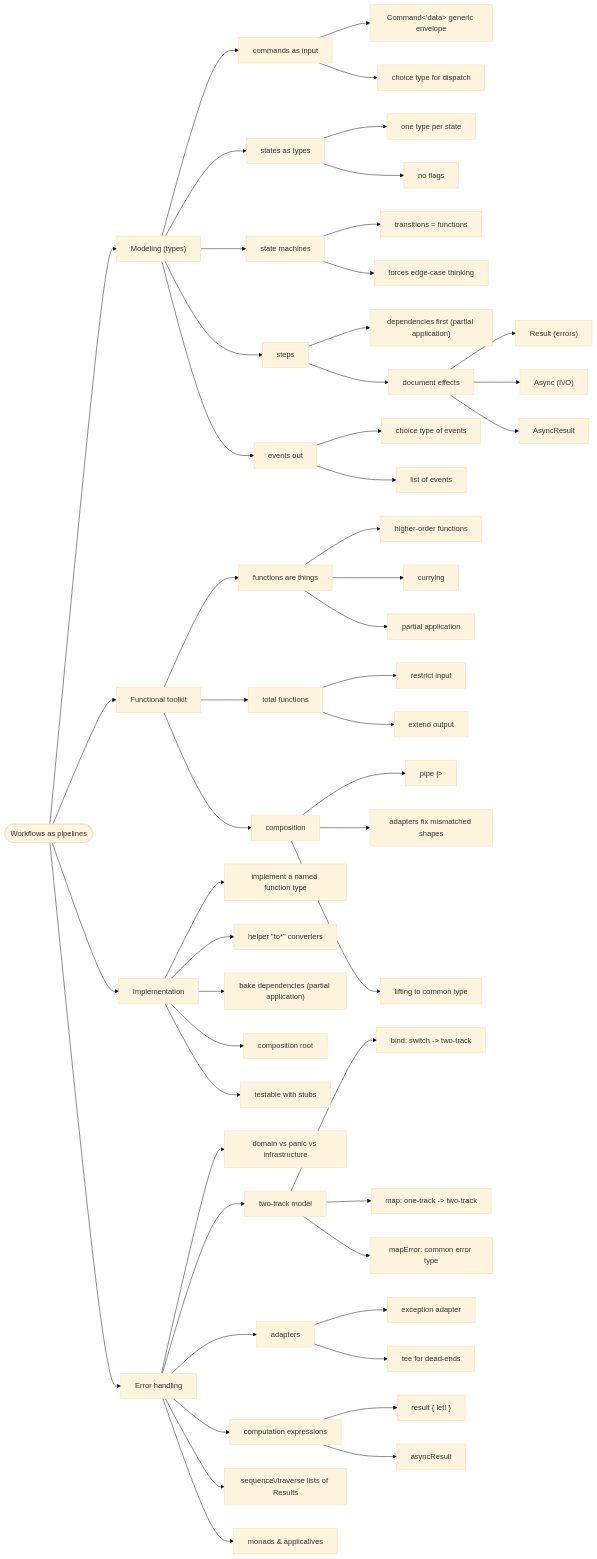
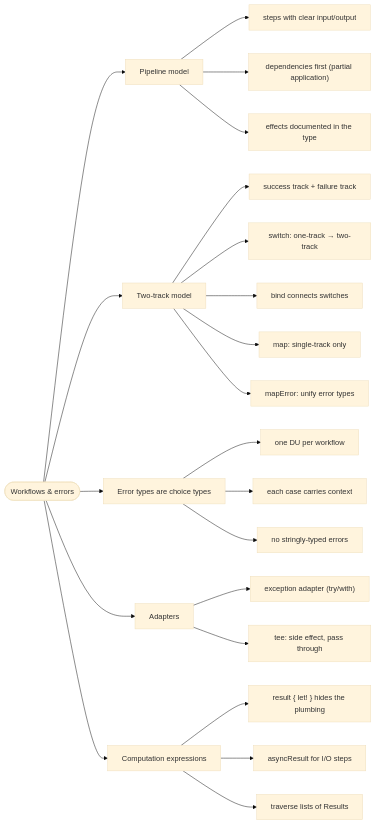
One commit to 42WASD/42wasd-community-web changed the diagram in docs/knowledge/workflows-and-error-handling/index.md. Above: the diagram before and after it, drawn with Mermaid (base theme). The commit also changed other lines of this file and 27 other files, not shown here.

````diff
--- a/docs/knowledge/workflows-and-error-handling/index.md
+++ b/docs/knowledge/workflows-and-error-handling/index.md
@@ -11,106 +13,46 @@
 ```mermaid
 flowchart LR
-    n1(["Workflows as pipelines"])
-    n2["Modeling (types)"]
-    n3["commands as input"]
-    n4["Command&lt;'data&gt; generic envelope"]
-    n5["choice type for dispatch"]
-    n6["states as types"]
-    n7["one type per state"]
-    n8["no flags"]
-    n9["state machines"]
-    n10["transitions = functions"]
-    n11["forces edge-case thinking"]
-    n12["steps"]
-    n13["dependencies first (partial application)"]
-    n14["document effects"]
-    n15["Result (errors)"]
-    n16["Async (I\/O)"]
-    n17["AsyncResult"]
-    n18["events out"]
-    n19["choice type of events"]
-    n20["list of events"]
-    n21["Functional toolkit"]
-    n22["functions are things"]
-    n23["higher-order functions"]
-    n24["currying"]
-    n25["partial application"]
-    n26["total functions"]
-    n27["restrict input"]
-    n28["extend output"]
-    n29["composition"]
-    n30["pipe |&gt;"]
-    n31["adapters fix mismatched shapes"]
-    n32["lifting to common type"]
-    n33["Implementation"]
-    n34["implement a named function type"]
-    n35["helper #quot;to*#quot; converters"]
-    n36["bake dependencies (partial application)"]
-    n37["composition root"]
-    n38["testable with stubs"]
-    n39["Error handling"]
-    n40["domain vs panic vs infrastructure"]
-    n41["two-track model"]
-    n42["bind: switch -&gt; two-track"]
-    n43["map: one-track -&gt; two-track"]
-    n44["mapError: common error type"]
-    n45["adapters"]
-    n46["exception adapter"]
-    n47["tee for dead-ends"]
-    n48["computation expressions"]
-    n49["result { let! }"]
-    n50["asyncResult"]
-    n51["sequence\/traverse lists of Results"]
-    n52["monads &amp; applicatives"]
+    n1(["Workflows &amp; errors"])
+    n2["Pipeline model"]
+    n3["steps with clear input/output"]
+    n4["dependencies first (partial application)"]
+    n5["effects documented in the type"]
+    n6["Two-track model"]
+    n7["success track + failure track"]
+    n8["switch: one-track → two-track"]
+    n9["bind connects switches"]
+    n10["map: single-track only"]
+    n11["mapError: unify error types"]
+    n12["Error types are choice types"]
+    n13["one DU per workflow"]
+    n14["each case carries context"]
+    n15["no stringly-typed errors"]
+    n16["Adapters"]
+    n17["exception adapter (try/with)"]
+    n18["tee: side effect, pass through"]
+    n19["Computation expressions"]
+    n20["result { let! } hides the plumbing"]
+    n21["asyncResult for I/O steps"]
+    n22["traverse lists of Results"]
     n1 --> n2
     n2 --> n3
-    n3 --> n4
-    n3 --> n5
-    n2 --> n6
+    n2 --> n4
+    n2 --> n5
+    n1 --> n6
     n6 --> n7
     n6 --> n8
-    n2 --> n9
-    n9 --> n10
-    n9 --> n11
-    n2 --> n12
+    n6 --> n9
+    n6 --> n10
+    n6 --> n11
+    n1 --> n12
     n12 --> n13
     n12 --> n14
-    n14 --> n15
-    n14 --> n16
-    n14 --> n17
-    n2 --> n18
-    n18 --> n19
-    n18 --> n20
-    n1 --> n21
-    n21 --> n22
-    n22 --> n23
-    n22 --> n24
-    n22 --> n25
-    n21 --> n26
-    n26 --> n27
-    n26 --> n28
-    n21 --> n29
-    n29 --> n30
-    n29 --> n31
-    n29 --> n32
-    n1 --> n33
-    n33 --> n34
-    n33 --> n35
-    n33 --> n36
-    n33 --> n37
-    n33 --> n38
-    n1 --> n39
-    n39 --> n40
-    n39 --> n41
-    n41 --> n42
-    n41 --> n43
-    n41 --> n44
-    n39 --> n45
-    n45 --> n46
-    n45 --> n47
-    n39 --> n48
-    n48 --> n49
-    n48 --> n50
-    n39 --> n51
-    n39 --> n52
+    n12 --> n15
+    n1 --> n16
+    n16 --> n17
+    n16 --> n18
+    n1 --> n19
+    n19 --> n20
+    n19 --> n21
+    n19 --> n22
 ```
````
